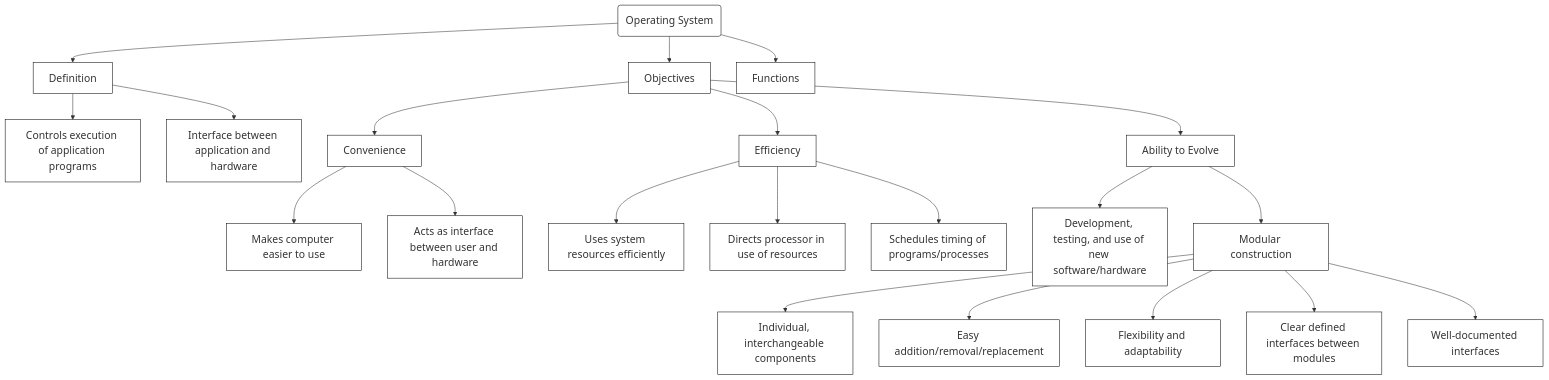
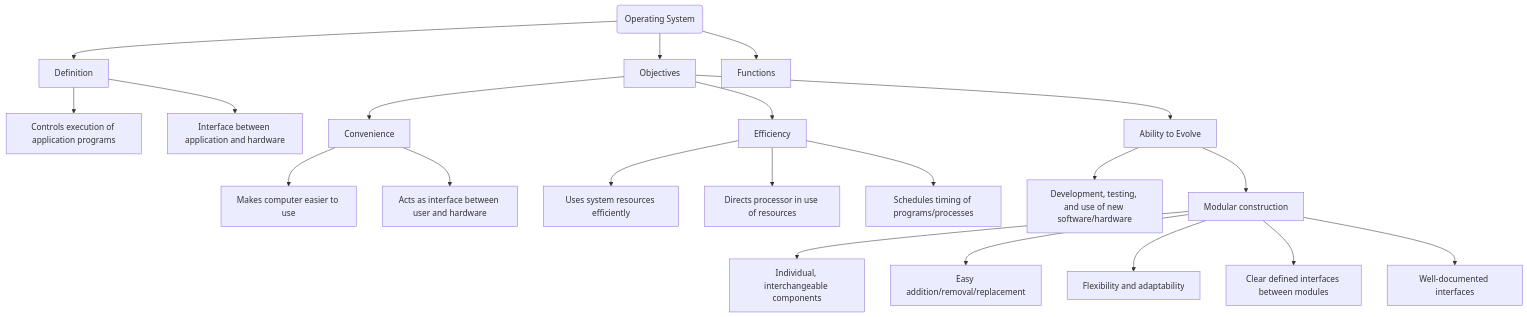
The second of 2 diagrams in sections/theo/overview.md (mosmn/Notes), drawn with Mermaid before and after one commit.

````diff
--- a/sections/theo/overview.md
+++ b/sections/theo/overview.md
@@ -57,26 +57,23 @@
 ```mermaid
 graph TD;
-    classDef default fill:#ffffff,stroke:#000000,font-size:20px;
-    class A,B,C default;
     A(Operating System) --> B[Definition];
     A --> C[Objectives];
     A --> D[Functions];
     B --> E[Controls execution of application programs];
     B --> F[Interface between application and hardware];
     C --> G[Convenience];
     C --> H[Efficiency];
     C --> I[Ability to Evolve];
     G --> J[Makes computer easier to use];
     G --> K[Acts as interface between user and hardware];
     H --> L[Uses system resources efficiently];
     H --> M[Directs processor in use of resources];
     H --> N[Schedules timing of programs/processes];
     I --> O[Development, testing, and use of new software/hardware];
     I --> P[Modular construction];
     P --> Q[Individual, interchangeable components];
     P --> R[Easy addition/removal/replacement];
     P --> S[Flexibility and adaptability];
     P --> T[Clear defined interfaces between modules];
     P --> U[Well-documented interfaces];
-
 ```
````
